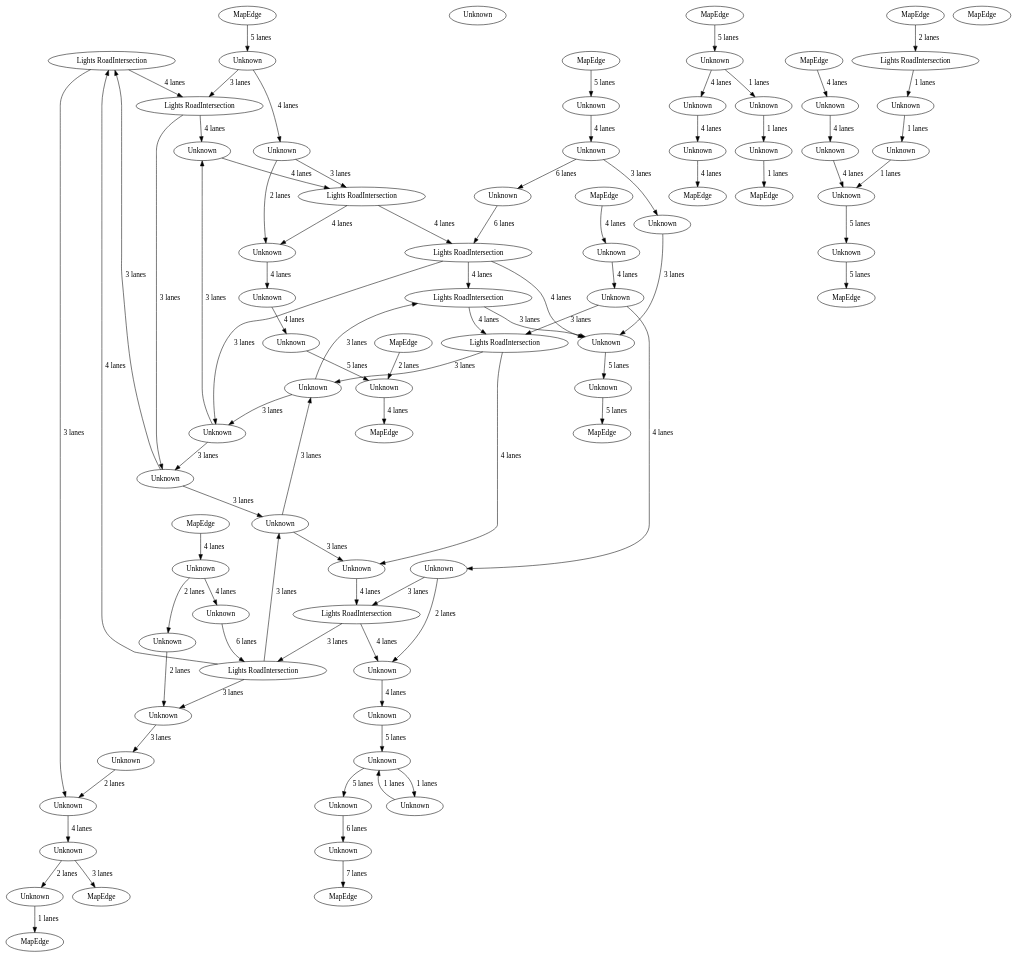
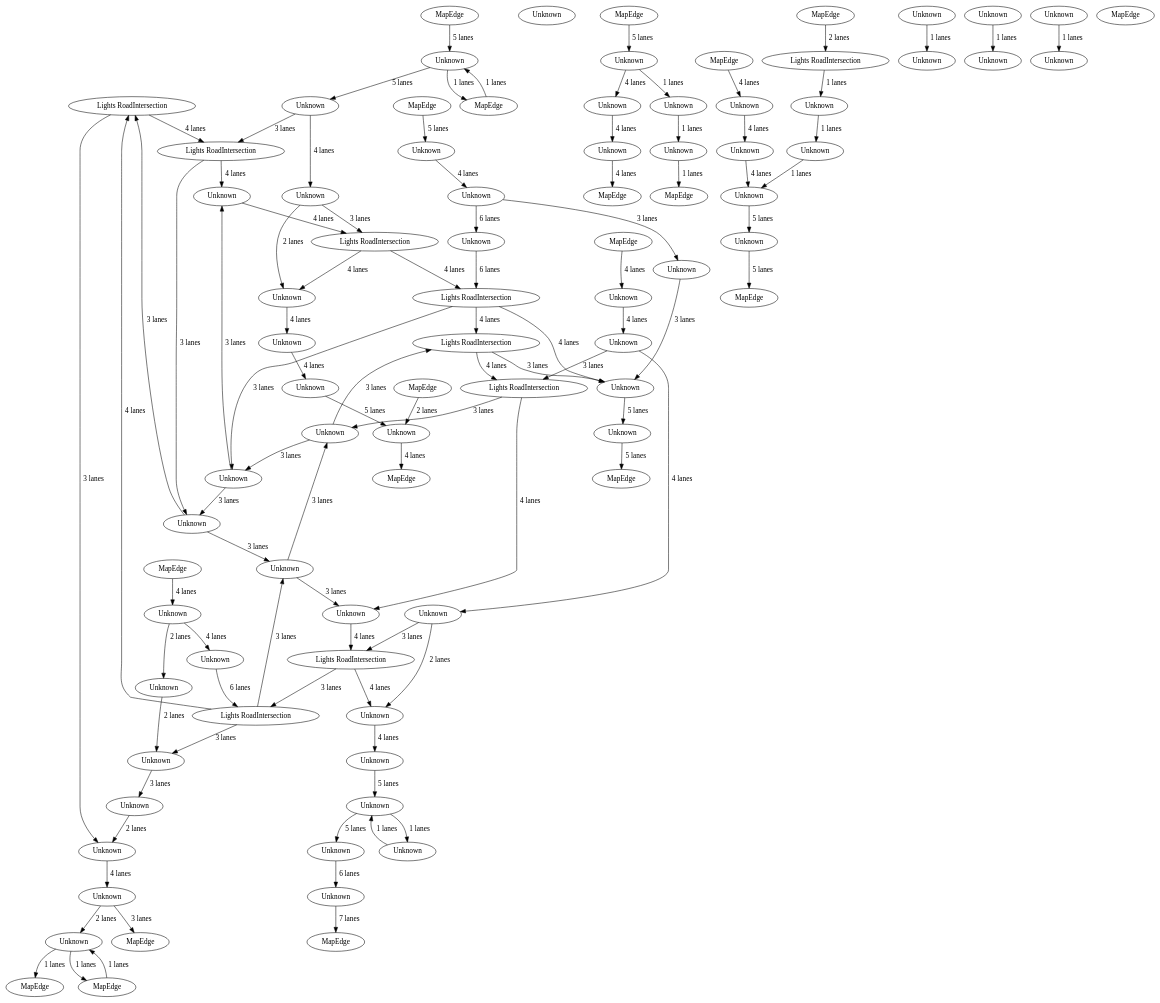
The diagram in src/arizona_highways/road_network.dot (a-b-street/osm2streets), drawn with Graphviz before and after one commit. The commit also changed 8 other files, not shown here.

```diff
--- a/src/arizona_highways/road_network.dot
+++ b/src/arizona_highways/road_network.dot
@@ -1,161 +1,178 @@
 digraph {
     0 [ label = "MapEdge" ]
     1 [ label = "MapEdge" ]
     2 [ label = "Unknown" ]
     3 [ label = "Lights RoadIntersection" ]
     4 [ label = "MapEdge" ]
     5 [ label = "MapEdge" ]
-    6 [ label = "Lights RoadIntersection" ]
-    7 [ label = "MapEdge" ]
+    6 [ label = "MapEdge" ]
+    7 [ label = "Lights RoadIntersection" ]
     8 [ label = "MapEdge" ]
-    9 [ label = "Unknown" ]
+    9 [ label = "MapEdge" ]
     10 [ label = "Unknown" ]
     11 [ label = "Unknown" ]
-    12 [ label = "MapEdge" ]
-    13 [ label = "Unknown" ]
+    12 [ label = "Unknown" ]
+    13 [ label = "MapEdge" ]
     14 [ label = "Unknown" ]
     15 [ label = "Unknown" ]
-    16 [ label = "Lights RoadIntersection" ]
-    17 [ label = "Unknown" ]
+    16 [ label = "Unknown" ]
+    17 [ label = "Lights RoadIntersection" ]
     18 [ label = "Unknown" ]
-    19 [ label = "MapEdge" ]
+    19 [ label = "Unknown" ]
     20 [ label = "MapEdge" ]
-    21 [ label = "Unknown" ]
-    22 [ label = "MapEdge" ]
-    23 [ label = "Unknown" ]
-    24 [ label = "MapEdge" ]
-    25 [ label = "Unknown" ]
+    21 [ label = "MapEdge" ]
+    22 [ label = "Unknown" ]
+    23 [ label = "MapEdge" ]
+    24 [ label = "Unknown" ]
+    25 [ label = "MapEdge" ]
     26 [ label = "Unknown" ]
     27 [ label = "Unknown" ]
     28 [ label = "Unknown" ]
     29 [ label = "Unknown" ]
     30 [ label = "Unknown" ]
-    31 [ label = "Lights RoadIntersection" ]
+    31 [ label = "Unknown" ]
     32 [ label = "Lights RoadIntersection" ]
-    33 [ label = "Unknown" ]
-    34 [ label = "MapEdge" ]
-    35 [ label = "Unknown" ]
+    33 [ label = "Lights RoadIntersection" ]
+    34 [ label = "Unknown" ]
+    35 [ label = "MapEdge" ]
     36 [ label = "MapEdge" ]
     37 [ label = "Unknown" ]
-    38 [ label = "Lights RoadIntersection" ]
-    39 [ label = "Lights RoadIntersection" ]
+    38 [ label = "MapEdge" ]
+    39 [ label = "Unknown" ]
     40 [ label = "Lights RoadIntersection" ]
-    41 [ label = "Unknown" ]
-    42 [ label = "Unknown" ]
+    41 [ label = "Lights RoadIntersection" ]
+    42 [ label = "Lights RoadIntersection" ]
     43 [ label = "Unknown" ]
     44 [ label = "Unknown" ]
     45 [ label = "Unknown" ]
     46 [ label = "Unknown" ]
     47 [ label = "Unknown" ]
     48 [ label = "Unknown" ]
     49 [ label = "Unknown" ]
     50 [ label = "Unknown" ]
     51 [ label = "Unknown" ]
     52 [ label = "Unknown" ]
-    53 [ label = "MapEdge" ]
+    53 [ label = "Unknown" ]
     54 [ label = "Unknown" ]
-    55 [ label = "Unknown" ]
+    55 [ label = "MapEdge" ]
     56 [ label = "Unknown" ]
     57 [ label = "Unknown" ]
     58 [ label = "Unknown" ]
     59 [ label = "Unknown" ]
     60 [ label = "Unknown" ]
     61 [ label = "Unknown" ]
     62 [ label = "Unknown" ]
-    63 [ label = "MapEdge" ]
+    63 [ label = "Unknown" ]
     64 [ label = "Unknown" ]
-    65 [ label = "Lights RoadIntersection" ]
-    66 [ label = "MapEdge" ]
-    67 [ label = "Unknown" ]
+    65 [ label = "Unknown" ]
+    66 [ label = "Unknown" ]
+    67 [ label = "MapEdge" ]
     68 [ label = "Unknown" ]
     69 [ label = "Unknown" ]
     70 [ label = "Unknown" ]
     71 [ label = "Unknown" ]
-    72 [ label = "MapEdge" ]
-    13 -> 38 [ label = "3 lanes" ]
-    30 -> 33 [ label = "3 lanes" ]
-    15 -> 40 [ label = "3 lanes" ]
+    72 [ label = "Lights RoadIntersection" ]
+    73 [ label = "MapEdge" ]
+    74 [ label = "Unknown" ]
+    75 [ label = "Unknown" ]
+    76 [ label = "Unknown" ]
+    77 [ label = "Unknown" ]
+    78 [ label = "Unknown" ]
+    79 [ label = "Unknown" ]
+    80 [ label = "Unknown" ]
+    81 [ label = "MapEdge" ]
+    14 -> 40 [ label = "3 lanes" ]
+    31 -> 34 [ label = "3 lanes" ]
+    16 -> 42 [ label = "3 lanes" ]
+    19 -> 20 [ label = "5 lanes" ]
+    22 -> 16 [ label = "4 lanes" ]
+    21 -> 22 [ label = "4 lanes" ]
+    24 -> 58 [ label = "4 lanes" ]
+    12 -> 13 [ label = "1 lanes" ]
+    10 -> 60 [ label = "1 lanes" ]
+    23 -> 61 [ label = "5 lanes" ]
+    8 -> 56 [ label = "5 lanes" ]
+    56 -> 14 [ label = "5 lanes" ]
+    31 -> 77 [ label = "6 lanes" ]
+    43 -> 29 [ label = "2 lanes" ]
+    36 -> 39 [ label = "1 lanes" ]
+    39 -> 36 [ label = "1 lanes" ]
+    39 -> 0 [ label = "1 lanes" ]
+    37 -> 39 [ label = "2 lanes" ]
+    41 -> 40 [ label = "4 lanes" ]
+    42 -> 52 [ label = "4 lanes" ]
+    52 -> 33 [ label = "4 lanes" ]
+    32 -> 17 [ label = "4 lanes" ]
+    40 -> 47 [ label = "4 lanes" ]
+    47 -> 7 [ label = "4 lanes" ]
+    3 -> 41 [ label = "4 lanes" ]
+    33 -> 53 [ label = "4 lanes" ]
+    53 -> 78 [ label = "4 lanes" ]
+    7 -> 46 [ label = "4 lanes" ]
+    46 -> 76 [ label = "4 lanes" ]
+    17 -> 42 [ label = "4 lanes" ]
+    42 -> 51 [ label = "3 lanes" ]
+    40 -> 48 [ label = "3 lanes" ]
+    3 -> 50 [ label = "3 lanes" ]
+    32 -> 49 [ label = "3 lanes" ]
+    37 -> 38 [ label = "3 lanes" ]
+    7 -> 32 [ label = "4 lanes" ]
+    33 -> 3 [ label = "3 lanes" ]
+    32 -> 18 [ label = "4 lanes" ]
+    48 -> 50 [ label = "3 lanes" ]
+    50 -> 51 [ label = "3 lanes" ]
+    48 -> 41 [ label = "3 lanes" ]
+    51 -> 17 [ label = "3 lanes" ]
+    49 -> 48 [ label = "3 lanes" ]
+    51 -> 49 [ label = "3 lanes" ]
+    50 -> 52 [ label = "3 lanes" ]
+    49 -> 47 [ label = "3 lanes" ]
+    45 -> 46 [ label = "2 lanes" ]
+    17 -> 18 [ label = "3 lanes" ]
+    41 -> 15 [ label = "3 lanes" ]
+    54 -> 53 [ label = "2 lanes" ]
+    56 -> 5 [ label = "1 lanes" ]
+    5 -> 56 [ label = "1 lanes" ]
+    1 -> 28 [ label = "2 lanes" ]
     18 -> 19 [ label = "5 lanes" ]
-    21 -> 15 [ label = "4 lanes" ]
-    20 -> 21 [ label = "4 lanes" ]
-    23 -> 54 [ label = "4 lanes" ]
-    11 -> 12 [ label = "1 lanes" ]
-    9 -> 56 [ label = "1 lanes" ]
-    22 -> 57 [ label = "5 lanes" ]
-    7 -> 13 [ label = "5 lanes" ]
-    30 -> 68 [ label = "6 lanes" ]
-    41 -> 28 [ label = "2 lanes" ]
-    37 -> 0 [ label = "1 lanes" ]
-    35 -> 37 [ label = "2 lanes" ]
-    39 -> 38 [ label = "4 lanes" ]
-    40 -> 50 [ label = "4 lanes" ]
-    50 -> 32 [ label = "4 lanes" ]
-    31 -> 16 [ label = "4 lanes" ]
-    38 -> 45 [ label = "4 lanes" ]
-    45 -> 6 [ label = "4 lanes" ]
-    3 -> 39 [ label = "4 lanes" ]
-    32 -> 51 [ label = "4 lanes" ]
-    51 -> 69 [ label = "4 lanes" ]
-    6 -> 44 [ label = "4 lanes" ]
-    44 -> 67 [ label = "4 lanes" ]
-    16 -> 40 [ label = "4 lanes" ]
-    40 -> 49 [ label = "3 lanes" ]
-    38 -> 46 [ label = "3 lanes" ]
-    3 -> 48 [ label = "3 lanes" ]
-    31 -> 47 [ label = "3 lanes" ]
-    35 -> 36 [ label = "3 lanes" ]
-    6 -> 31 [ label = "4 lanes" ]
-    32 -> 3 [ label = "3 lanes" ]
-    31 -> 17 [ label = "4 lanes" ]
-    46 -> 48 [ label = "3 lanes" ]
-    48 -> 49 [ label = "3 lanes" ]
-    46 -> 39 [ label = "3 lanes" ]
-    49 -> 16 [ label = "3 lanes" ]
-    47 -> 46 [ label = "3 lanes" ]
-    49 -> 47 [ label = "3 lanes" ]
-    48 -> 50 [ label = "3 lanes" ]
-    47 -> 45 [ label = "3 lanes" ]
-    43 -> 44 [ label = "2 lanes" ]
-    16 -> 17 [ label = "3 lanes" ]
-    39 -> 14 [ label = "3 lanes" ]
-    52 -> 51 [ label = "2 lanes" ]
-    1 -> 27 [ label = "2 lanes" ]
-    17 -> 18 [ label = "5 lanes" ]
-    4 -> 41 [ label = "4 lanes" ]
-    54 -> 64 [ label = "4 lanes" ]
-    56 -> 64 [ label = "1 lanes" ]
-    57 -> 55 [ label = "4 lanes" ]
-    10 -> 24 [ label = "5 lanes" ]
-    55 -> 25 [ label = "4 lanes" ]
-    57 -> 58 [ label = "1 lanes" ]
-    58 -> 11 [ label = "1 lanes" ]
-    14 -> 35 [ label = "4 lanes" ]
-    13 -> 43 [ label = "4 lanes" ]
-    43 -> 6 [ label = "3 lanes" ]
-    26 -> 70 [ label = "3 lanes" ]
-    15 -> 52 [ label = "4 lanes" ]
-    52 -> 32 [ label = "3 lanes" ]
-    29 -> 30 [ label = "4 lanes" ]
-    53 -> 29 [ label = "5 lanes" ]
-    61 -> 34 [ label = "7 lanes" ]
-    60 -> 61 [ label = "6 lanes" ]
-    59 -> 3 [ label = "6 lanes" ]
-    62 -> 27 [ label = "5 lanes" ]
-    27 -> 63 [ label = "4 lanes" ]
-    41 -> 59 [ label = "4 lanes" ]
-    25 -> 5 [ label = "4 lanes" ]
-    8 -> 23 [ label = "4 lanes" ]
-    65 -> 9 [ label = "1 lanes" ]
-    66 -> 65 [ label = "2 lanes" ]
-    64 -> 10 [ label = "5 lanes" ]
-    67 -> 62 [ label = "4 lanes" ]
-    68 -> 31 [ label = "6 lanes" ]
-    69 -> 71 [ label = "5 lanes" ]
-    71 -> 60 [ label = "5 lanes" ]
-    33 -> 17 [ label = "3 lanes" ]
-    28 -> 26 [ label = "2 lanes" ]
-    71 -> 42 [ label = "1 lanes" ]
-    42 -> 71 [ label = "1 lanes" ]
-    3 -> 26 [ label = "3 lanes" ]
-    70 -> 14 [ label = "2 lanes" ]
+    4 -> 43 [ label = "4 lanes" ]
+    58 -> 71 [ label = "4 lanes" ]
+    60 -> 71 [ label = "1 lanes" ]
+    61 -> 59 [ label = "4 lanes" ]
+    11 -> 25 [ label = "5 lanes" ]
+    59 -> 26 [ label = "4 lanes" ]
+    61 -> 62 [ label = "1 lanes" ]
+    62 -> 12 [ label = "1 lanes" ]
+    15 -> 37 [ label = "4 lanes" ]
+    14 -> 45 [ label = "4 lanes" ]
+    45 -> 7 [ label = "3 lanes" ]
+    27 -> 79 [ label = "3 lanes" ]
+    16 -> 54 [ label = "4 lanes" ]
+    54 -> 33 [ label = "3 lanes" ]
+    30 -> 31 [ label = "4 lanes" ]
+    55 -> 30 [ label = "5 lanes" ]
+    65 -> 35 [ label = "7 lanes" ]
+    64 -> 65 [ label = "6 lanes" ]
+    63 -> 3 [ label = "6 lanes" ]
+    66 -> 28 [ label = "5 lanes" ]
+    28 -> 67 [ label = "4 lanes" ]
+    68 -> 69 [ label = "1 lanes" ]
+    57 -> 70 [ label = "1 lanes" ]
+    43 -> 63 [ label = "4 lanes" ]
+    26 -> 6 [ label = "4 lanes" ]
+    9 -> 24 [ label = "4 lanes" ]
+    72 -> 10 [ label = "1 lanes" ]
+    73 -> 72 [ label = "2 lanes" ]
+    71 -> 11 [ label = "5 lanes" ]
+    74 -> 75 [ label = "1 lanes" ]
+    76 -> 66 [ label = "4 lanes" ]
+    77 -> 32 [ label = "6 lanes" ]
+    78 -> 80 [ label = "5 lanes" ]
+    80 -> 64 [ label = "5 lanes" ]
+    34 -> 18 [ label = "3 lanes" ]
+    29 -> 27 [ label = "2 lanes" ]
+    80 -> 44 [ label = "1 lanes" ]
+    44 -> 80 [ label = "1 lanes" ]
+    3 -> 27 [ label = "3 lanes" ]
+    79 -> 15 [ label = "2 lanes" ]
 }
```
